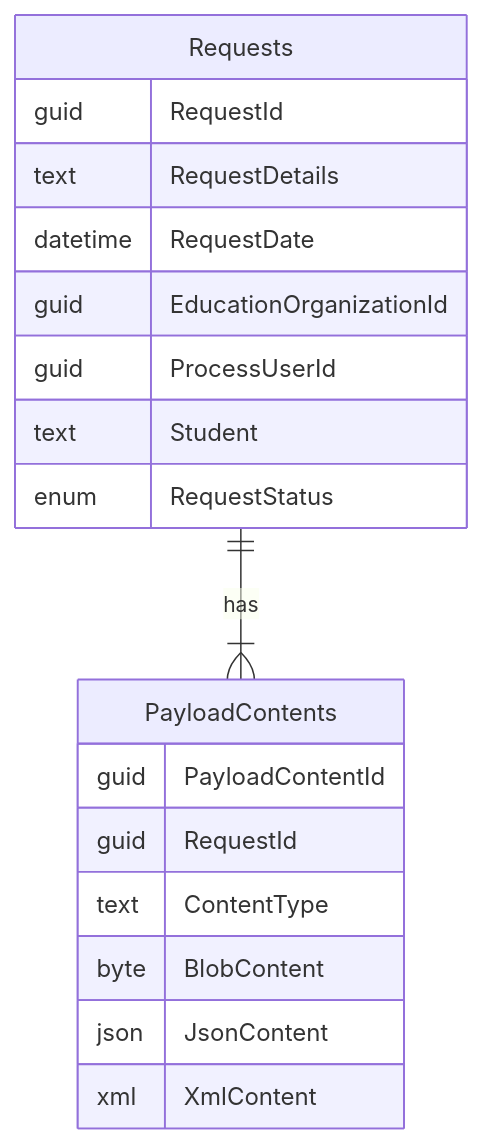
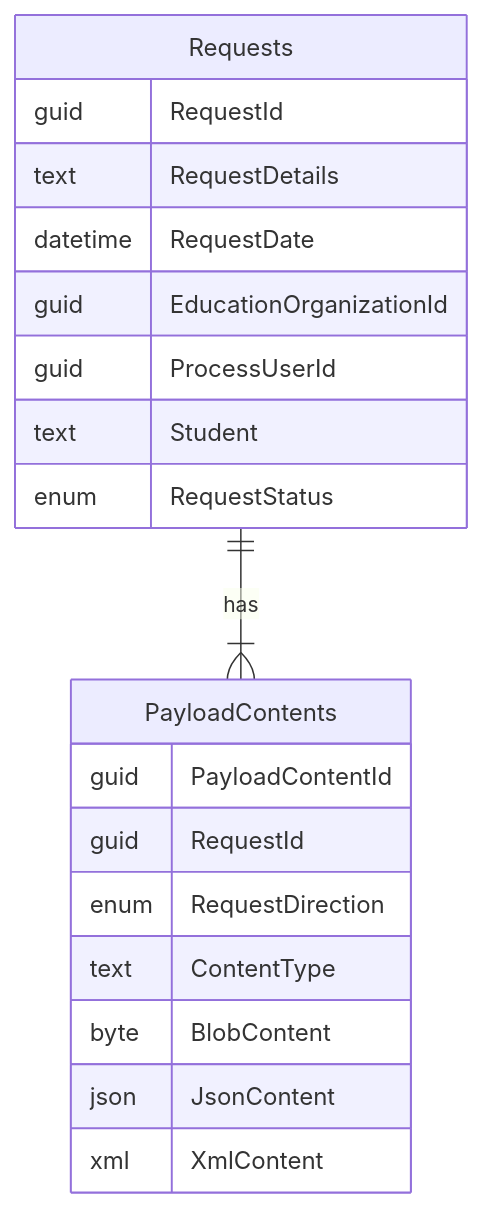
One commit to oregonnexus/broker-docs changed the diagram in incoming_requests.md. Above: the diagram before and after it, drawn with Mermaid. The commit also changed other lines of this file, not shown here.

Commit message:
Show incoming request state

````diff
--- a/incoming_requests.md
+++ b/incoming_requests.md
@@ -6,21 +6,22 @@
 ```mermaid
 erDiagram
     Requests ||--|{ PayloadContents : has
     Requests {
         guid RequestId
         text RequestDetails
         datetime RequestDate
         guid EducationOrganizationId
         guid ProcessUserId
         text Student
         enum RequestStatus
     }
     PayloadContents {
         guid PayloadContentId
         guid RequestId
+        enum RequestDirection
         text ContentType
         byte BlobContent
         json JsonContent
         xml XmlContent
     }
 ```
````
